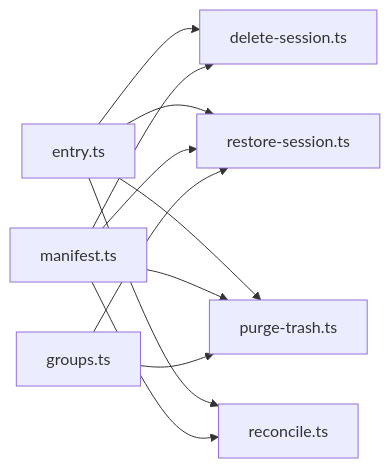
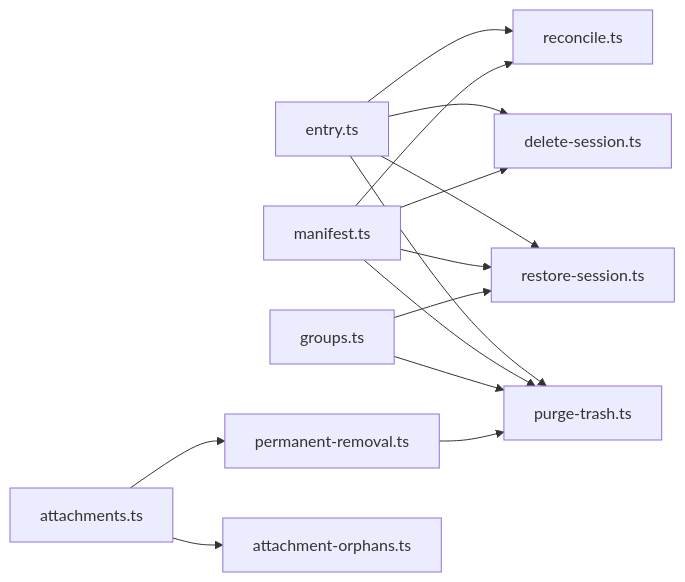
Before and after one commit to xrn1997/dsh-session-delete: diagram 14 of 15 in .qoder/repowiki/zh/content/回收站领域/回收站领域.md, drawn with Mermaid. The commit also changed other lines of this file and 36 other files, not shown here.

````diff
--- a/.qoder/repowiki/zh/content/回收站领域/回收站领域.md
+++ b/.qoder/repowiki/zh/content/回收站领域/回收站领域.md
@@ -455,13 +580,16 @@
 ```mermaid
 graph LR
   Entry["entry.ts"] --> Delete["delete-session.ts"]
   Entry --> Restore["restore-session.ts"]
   Entry --> Purge["purge-trash.ts"]
   Entry --> Reconcile["reconcile.ts"]
   Manifest["manifest.ts"] --> Delete
   Manifest --> Restore
   Manifest --> Purge
   Manifest --> Reconcile
   Groups["groups.ts"] --> Purge
   Groups --> Restore
+  Attachments["attachments.ts"] --> PermanentRemoval["permanent-removal.ts"]
+  Attachments --> Orphans["attachment-orphans.ts"]
+  PermanentRemoval --> Purge
 ```
````
